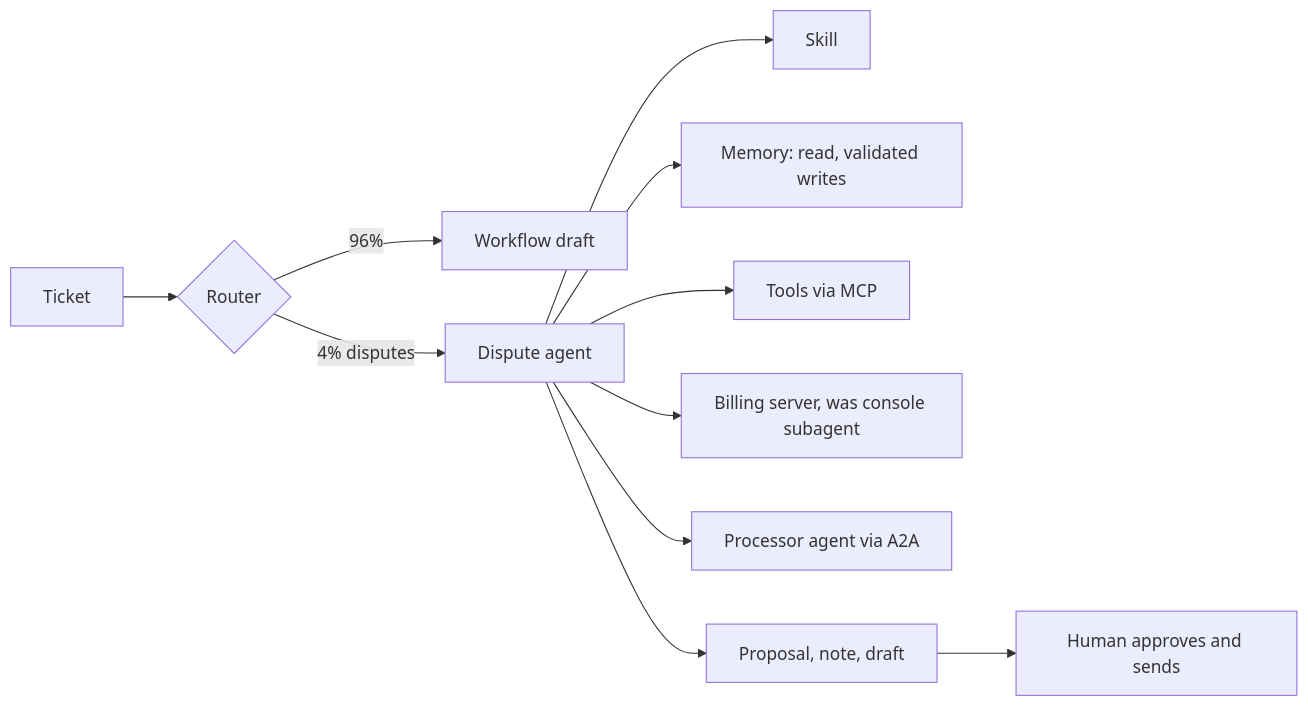
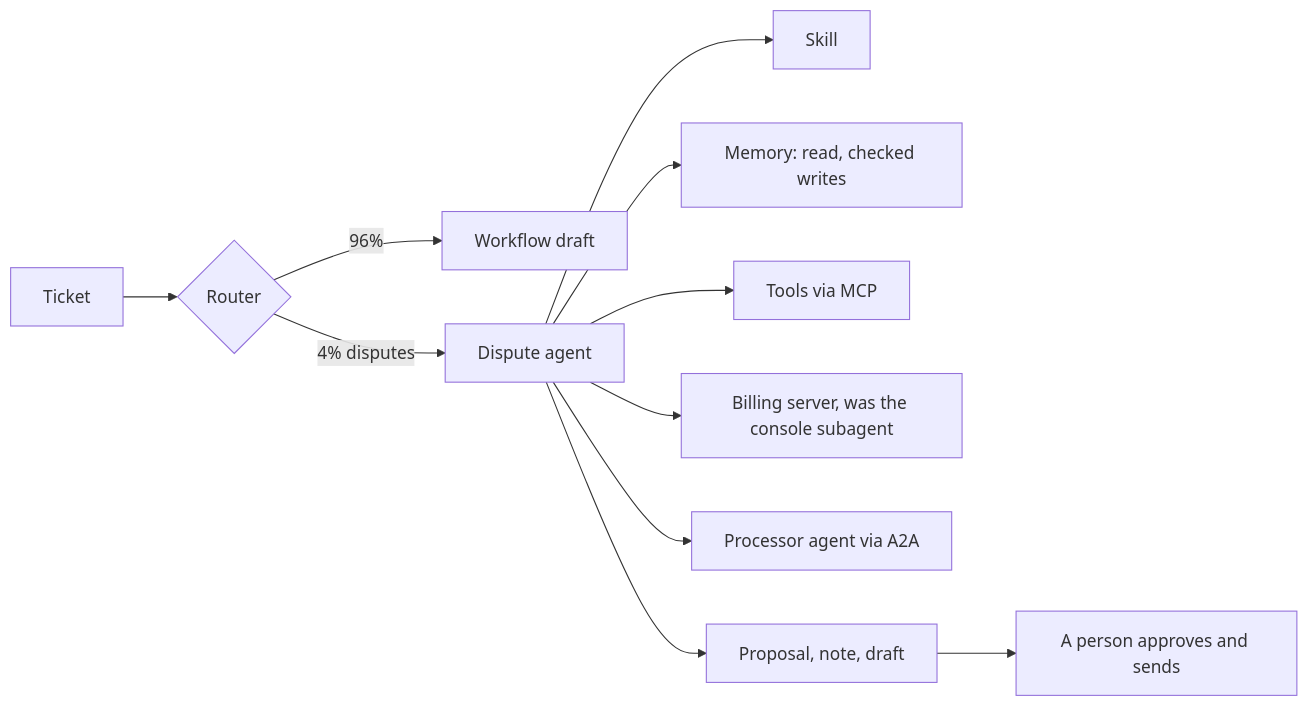
Before and after one commit to tharungajula2/loud-recall: the second of 2 diagrams in content/ai-stack-volume-3-the-agent.md, drawn with Mermaid. The commit also changed other lines of this file and 17 other files, not shown here.

Commit message:
AI-first home: masterclass path, articles, guest lectures; rebuilt AI Stack vols 1-4; first article; lazy-load Mermaid

````diff
--- a/content/ai-stack-volume-3-the-agent.md
+++ b/content/ai-stack-volume-3-the-agent.md
@@ -1158,13 +1202,13 @@
 ```mermaid
 flowchart LR
     T[Ticket] --> R{Router}
     R -->|96%| W[Workflow draft]
     R -->|4% disputes| A[Dispute agent]
     A --> S[Skill]
-    A --> M[Memory: read, validated writes]
+    A --> M[Memory: read, checked writes]
     A --> X[Tools via MCP]
-    A --> B[Billing server, was console subagent]
+    A --> B[Billing server, was the console subagent]
     A --> P[Processor agent via A2A]
     A --> Q[Proposal, note, draft]
-    Q --> H[Human approves and sends]
+    Q --> H[A person approves and sends]
 ```
````
